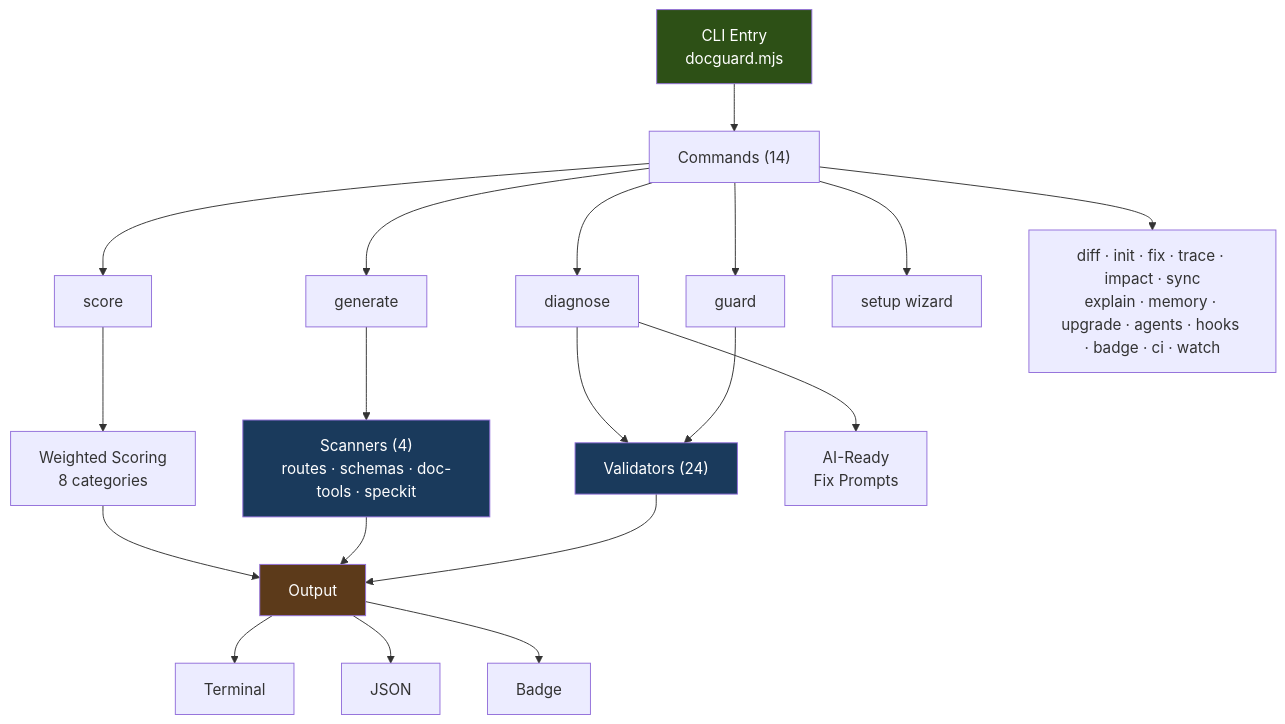
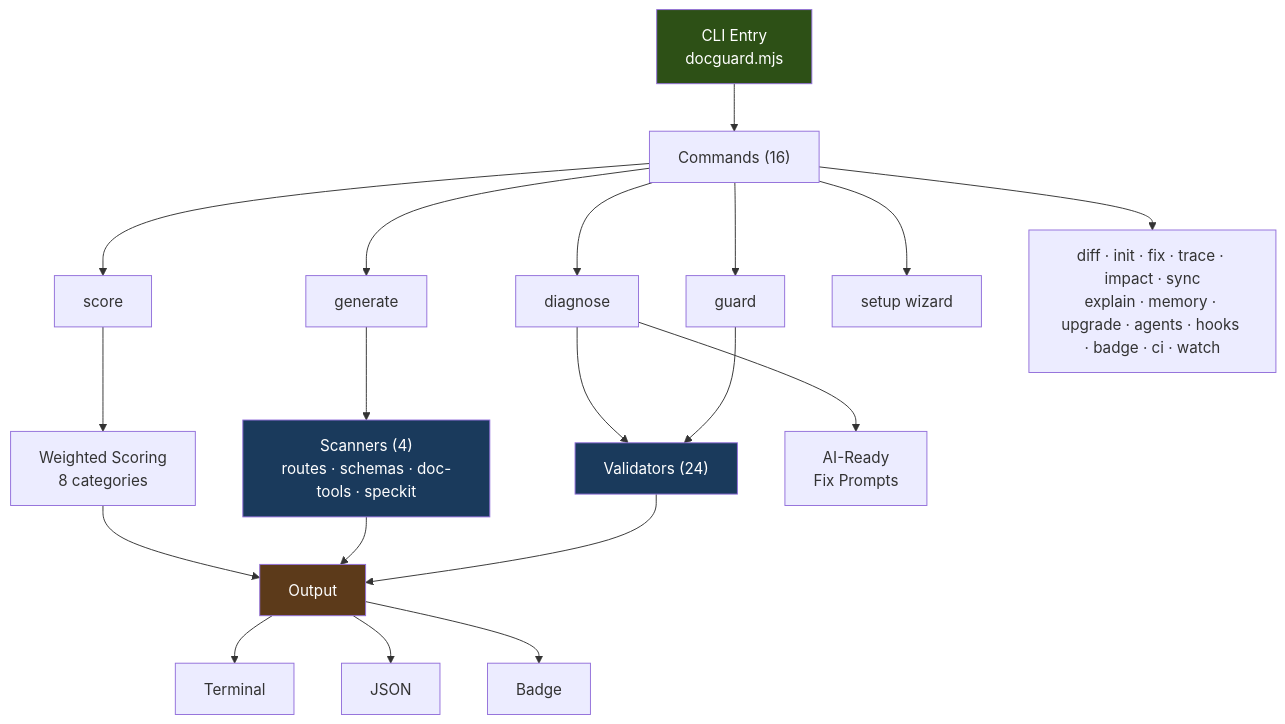
Before and after one commit to raccioly/docguard: the diagram in README.md, drawn with Mermaid. The commit also changed other lines of this file and 28 other files, not shown here.

First line of the commit message:
release: v0.27.0 — LLM field report #3 (findings architecture + feedback loop)

````diff
--- a/README.md
+++ b/README.md
@@ -64,28 +64,28 @@
 ```mermaid
 graph TD
-    CLI["CLI Entry<br/>docguard.mjs"] --> Commands["Commands (14)"]
+    CLI["CLI Entry<br/>docguard.mjs"] --> Commands["Commands (16)"]
     Commands --> guard["guard"]
     Commands --> generate["generate"]
     Commands --> score["score"]
     Commands --> diagnose["diagnose"]
     Commands --> setup["setup wizard"]
     Commands --> other["diff · init · fix · trace · impact · sync<br/>explain · memory · upgrade · agents · hooks · badge · ci · watch"]
 
     guard --> Validators["Validators (24)"]
     generate --> Scanners["Scanners (4)<br/>routes · schemas · doc-tools · speckit"]
     score --> Scoring["Weighted Scoring<br/>8 categories"]
     diagnose --> Validators
     diagnose --> AIPrompts["AI-Ready<br/>Fix Prompts"]
 
     Validators --> Output["Output"]
     Scanners --> Output
     Scoring --> Output
     Output --> Terminal["Terminal"]
     Output --> JSON["JSON"]
     Output --> Badge["Badge"]
 
     style CLI fill:#2d5016,color:#fff
     style Validators fill:#1a3a5c,color:#fff
     style Scanners fill:#1a3a5c,color:#fff
     style Output fill:#5c3a1a,color:#fff
 ```
````
